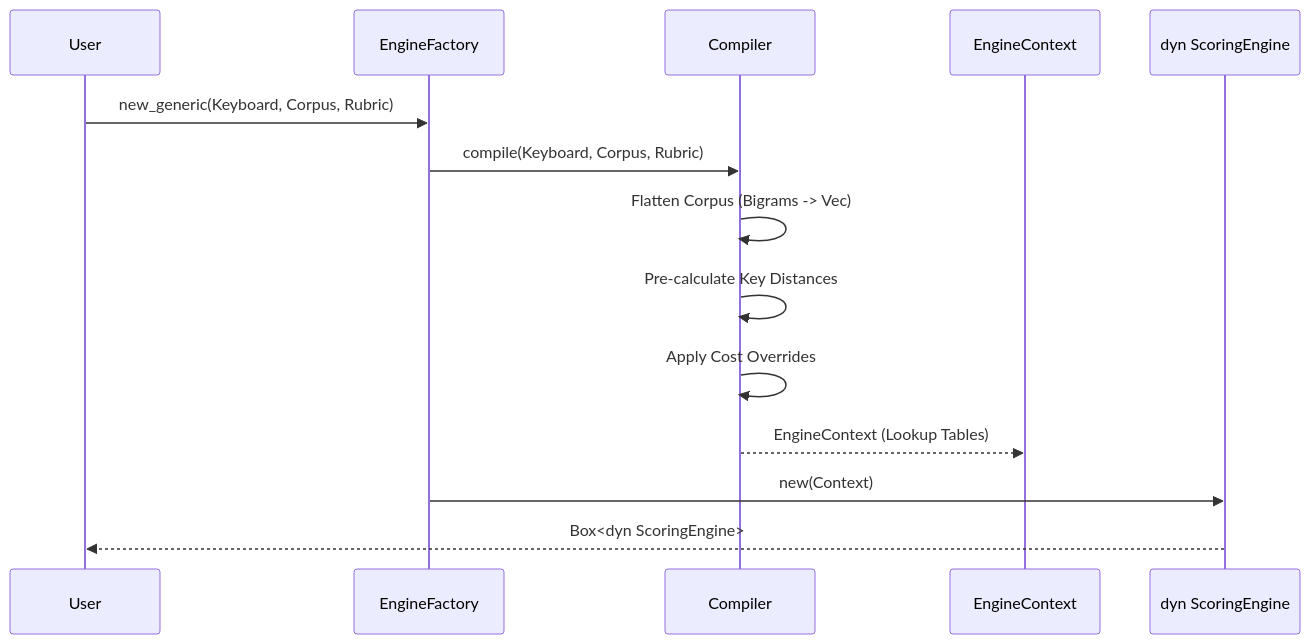
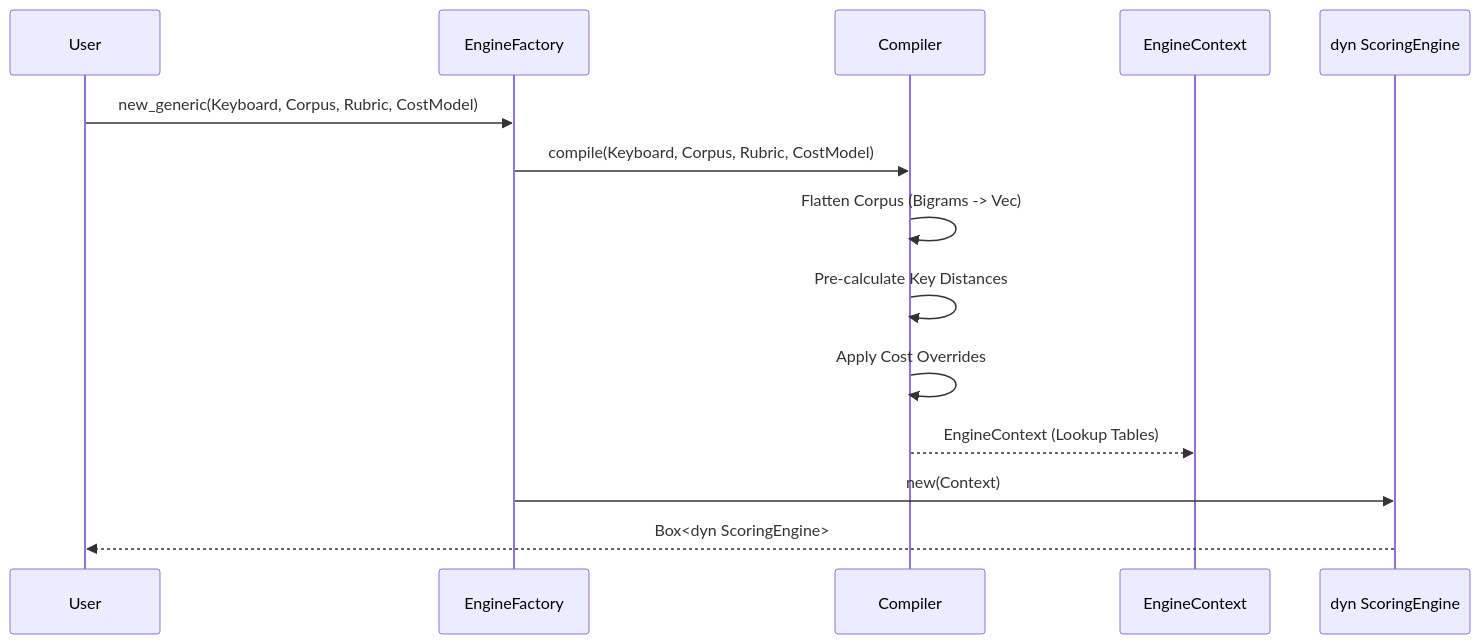
One commit to infodungeon/keyforge changed the second of 4 diagrams in docs/design/keyforge-physics/README.md. Above: the diagram before and after it, drawn with Mermaid. The commit also changed other lines of this file and 82 other files, not shown here.

````diff
--- a/docs/design/keyforge-physics/README.md
+++ b/docs/design/keyforge-physics/README.md
@@ -12,20 +51,20 @@
 ```mermaid
 sequenceDiagram
     participant User
     participant Factory as EngineFactory
     participant Compiler
     participant Context as EngineContext
     participant Engine as dyn ScoringEngine
 
-    User->>Factory: new_generic(Keyboard, Corpus, Rubric)
-    Factory->>Compiler: compile(Keyboard, Corpus, Rubric)
+    User->>Factory: new_generic(Keyboard, Corpus, Rubric, CostModel)
+    Factory->>Compiler: compile(Keyboard, Corpus, Rubric, CostModel)
     
     Compiler->>Compiler: Flatten Corpus (Bigrams -> Vec)
     Compiler->>Compiler: Pre-calculate Key Distances
     Compiler->>Compiler: Apply Cost Overrides
     
     Compiler-->>Context: EngineContext (Lookup Tables)
     
     Factory->>Engine: new(Context)
     Engine-->>User: Box<dyn ScoringEngine>
 ```
````
